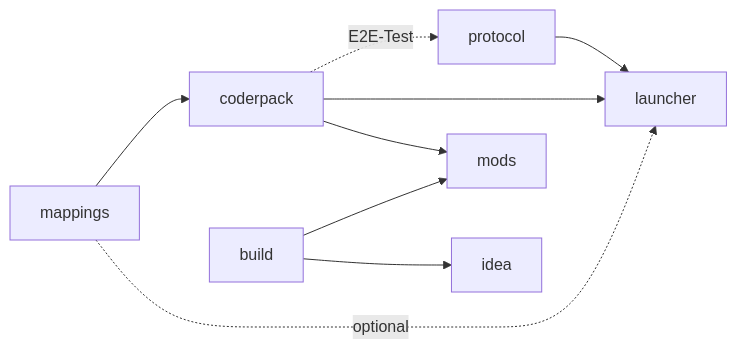
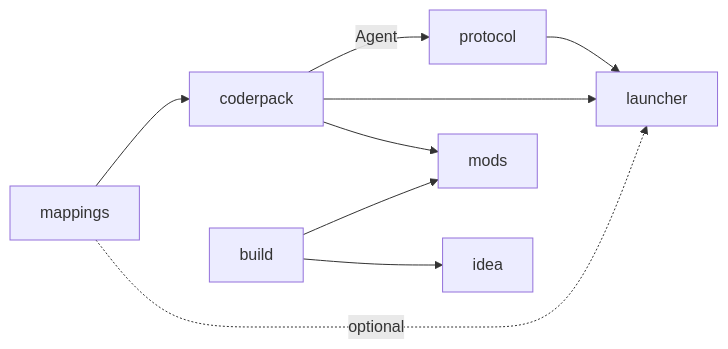
The diagram in README.DE.md (ancaria-dev/.github), drawn with Mermaid before and after one commit. The commit also changed other lines of this file and 2 other files, not shown here.

````diff
--- a/README.DE.md
+++ b/README.DE.md
@@ -59,11 +58,11 @@
 ```mermaid
 graph LR
     mappings --> coderpack
-    coderpack -.->|E2E-Test| protocol
+    coderpack -->|Agent| protocol
     coderpack --> launcher
     protocol --> launcher
     mappings -.->|optional| launcher
     build --> mods
     coderpack --> mods
     build --> idea
 ```
````
